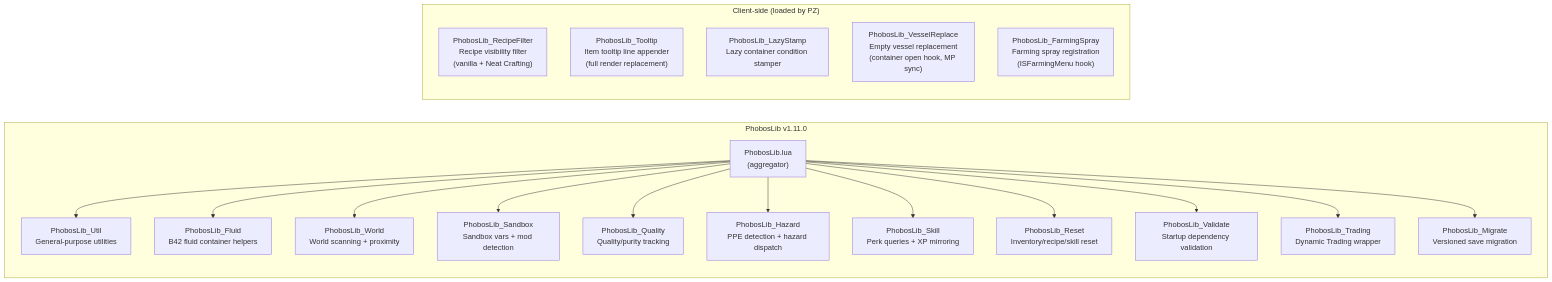
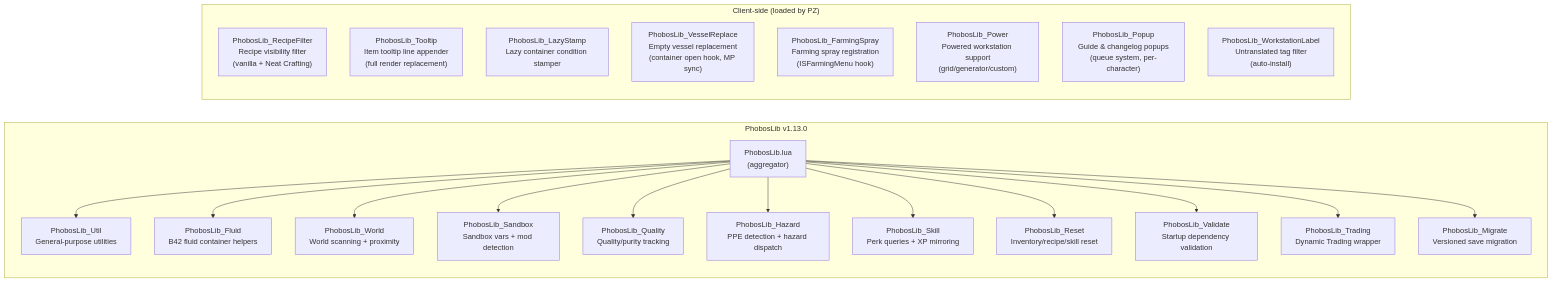
The diagram in docs/diagrams/module-overview.md (phobos-dthorga/mod-pz-phobos-lib), drawn with Mermaid before and after one commit. The commit also changed other lines of this file and 1 other file, not shown here.

First line of the commit message:
docs: update module-overview and diagrams for v1.13.0

````diff
--- a/docs/diagrams/module-overview.md
+++ b/docs/diagrams/module-overview.md
@@ -24,38 +24,41 @@
 ```mermaid
 graph LR
-    subgraph LIB["PhobosLib v1.11.0"]
+    subgraph LIB["PhobosLib v1.13.0"]
         INIT["PhobosLib.lua<br/>(aggregator)"]
 
         UTIL["PhobosLib_Util<br/>General-purpose utilities"]
         FLUID["PhobosLib_Fluid<br/>B42 fluid container helpers"]
         WORLD["PhobosLib_World<br/>World scanning + proximity"]
         SANDBOX["PhobosLib_Sandbox<br/>Sandbox vars + mod detection"]
         QUALITY["PhobosLib_Quality<br/>Quality/purity tracking"]
         HAZARD["PhobosLib_Hazard<br/>PPE detection + hazard dispatch"]
         SKILL["PhobosLib_Skill<br/>Perk queries + XP mirroring"]
         RESET["PhobosLib_Reset<br/>Inventory/recipe/skill reset"]
         VALIDATE["PhobosLib_Validate<br/>Startup dependency validation"]
         TRADING["PhobosLib_Trading<br/>Dynamic Trading wrapper"]
         MIGRATE["PhobosLib_Migrate<br/>Versioned save migration"]
     end
 
     subgraph CLIENT["Client-side (loaded by PZ)"]
         RF["PhobosLib_RecipeFilter<br/>Recipe visibility filter<br/>(vanilla + Neat Crafting)"]
         TT["PhobosLib_Tooltip<br/>Item tooltip line appender<br/>(full render replacement)"]
         LS["PhobosLib_LazyStamp<br/>Lazy container condition stamper"]
         VR["PhobosLib_VesselReplace<br/>Empty vessel replacement<br/>(container open hook, MP sync)"]
         FS["PhobosLib_FarmingSpray<br/>Farming spray registration<br/>(ISFarmingMenu hook)"]
+        PW["PhobosLib_Power<br/>Powered workstation support<br/>(grid/generator/custom)"]
+        PP["PhobosLib_Popup<br/>Guide & changelog popups<br/>(queue system, per-character)"]
+        WL["PhobosLib_WorkstationLabel<br/>Untranslated tag filter<br/>(auto-install)"]
     end
 
     INIT --> UTIL
     INIT --> FLUID
     INIT --> WORLD
     INIT --> SANDBOX
     INIT --> QUALITY
     INIT --> HAZARD
     INIT --> SKILL
     INIT --> RESET
     INIT --> VALIDATE
     INIT --> TRADING
     INIT --> MIGRATE
 ```
````
